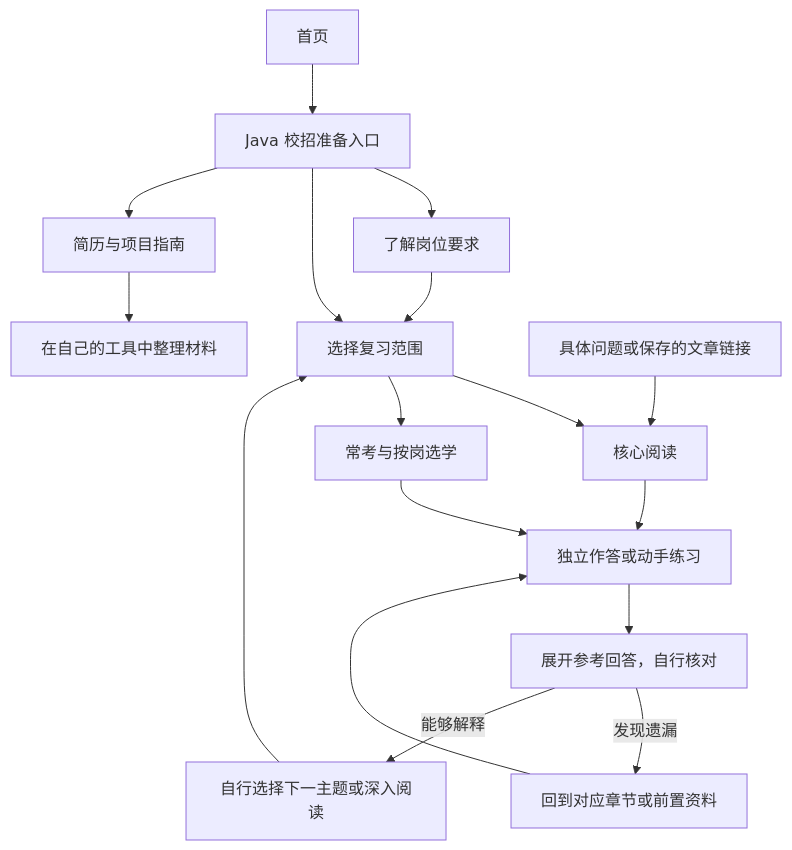
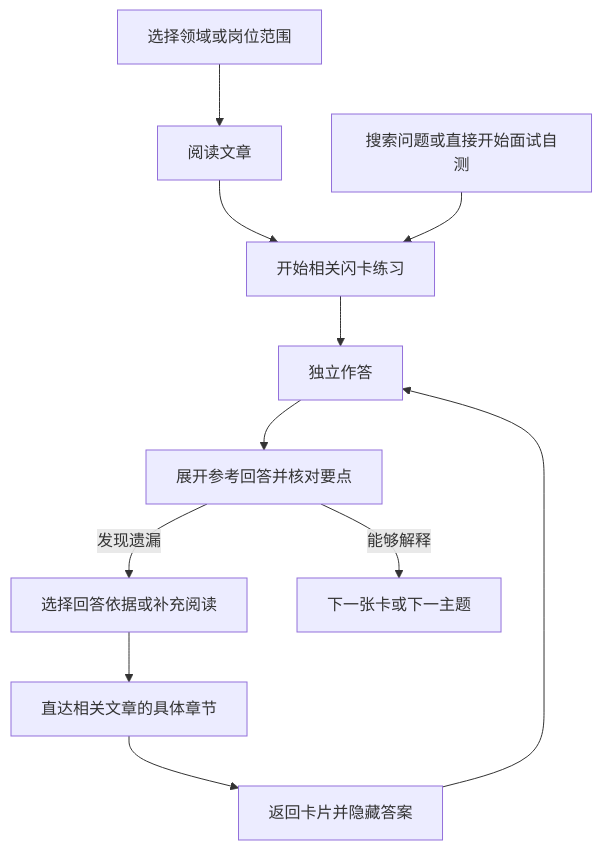
The diagram in plans/java-campus-user-story-map.md (LoveOrange/coding101), drawn with Mermaid before and after one commit. The commit also changed other lines of this file and 24 other files, not shown here.

First line of the commit message:
docs(plans): add content model, roadmap and knowledge-tree mindmaps

````diff
--- a/plans/java-campus-user-story-map.md
+++ b/plans/java-campus-user-story-map.md
@@ -22,19 +21,13 @@
 ```mermaid
 flowchart TD
-    A[首页] --> B[Java 校招准备入口]
-    B --> C[了解岗位要求]
-    C --> D[选择复习范围]
-    B --> D
-    D --> E[核心阅读]
-    D --> F[常考与按岗选学]
-    E --> G[独立作答或动手练习]
-    F --> G
-    G --> H[展开参考回答，自行核对]
-    H -->|发现遗漏| I[回到对应章节或前置资料]
-    I --> G
-    H -->|能够解释| J[自行选择下一主题或深入阅读]
-    J --> D
-    B --> K[简历与项目指南]
-    K --> L[在自己的工具中整理材料]
-    M[具体问题或保存的文章链接] --> E
+    A[选择领域或岗位范围] --> B[阅读文章]
+    B --> C[开始相关闪卡练习]
+    D[搜索问题或直接开始面试自测] --> C
+    C --> E[独立作答]
+    E --> F[展开参考回答并核对要点]
+    F -->|发现遗漏| G[选择回答依据或补充阅读]
+    G --> H[直达相关文章的具体章节]
+    H --> I[返回卡片并隐藏答案]
+    I --> E
+    F -->|能够解释| J[下一张卡或下一主题]
 ```
````
